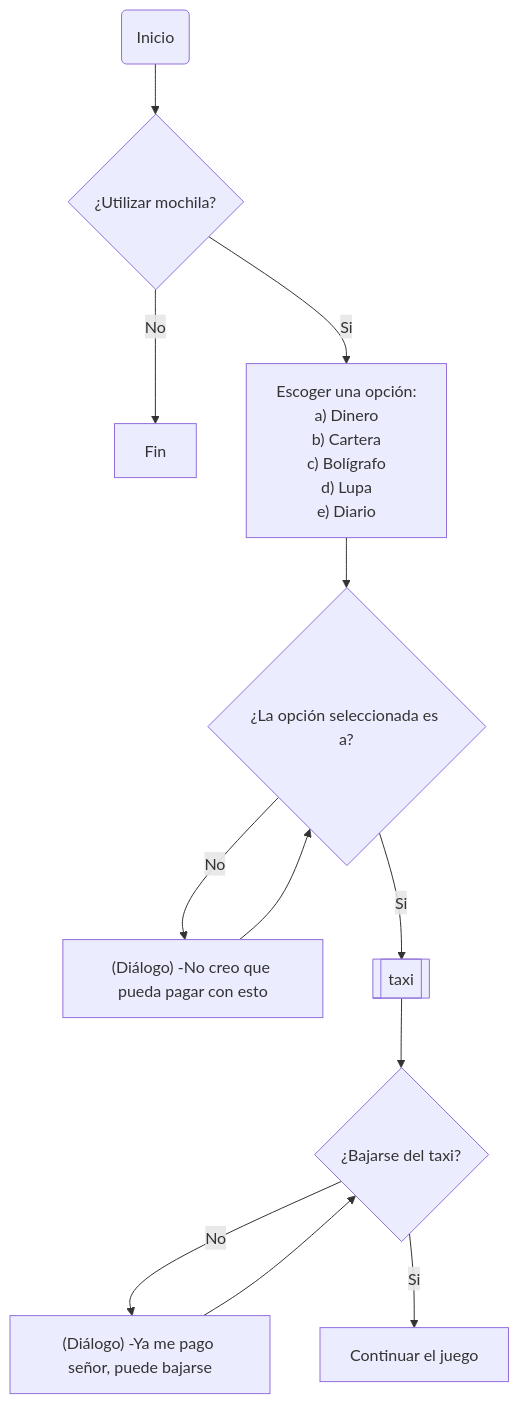
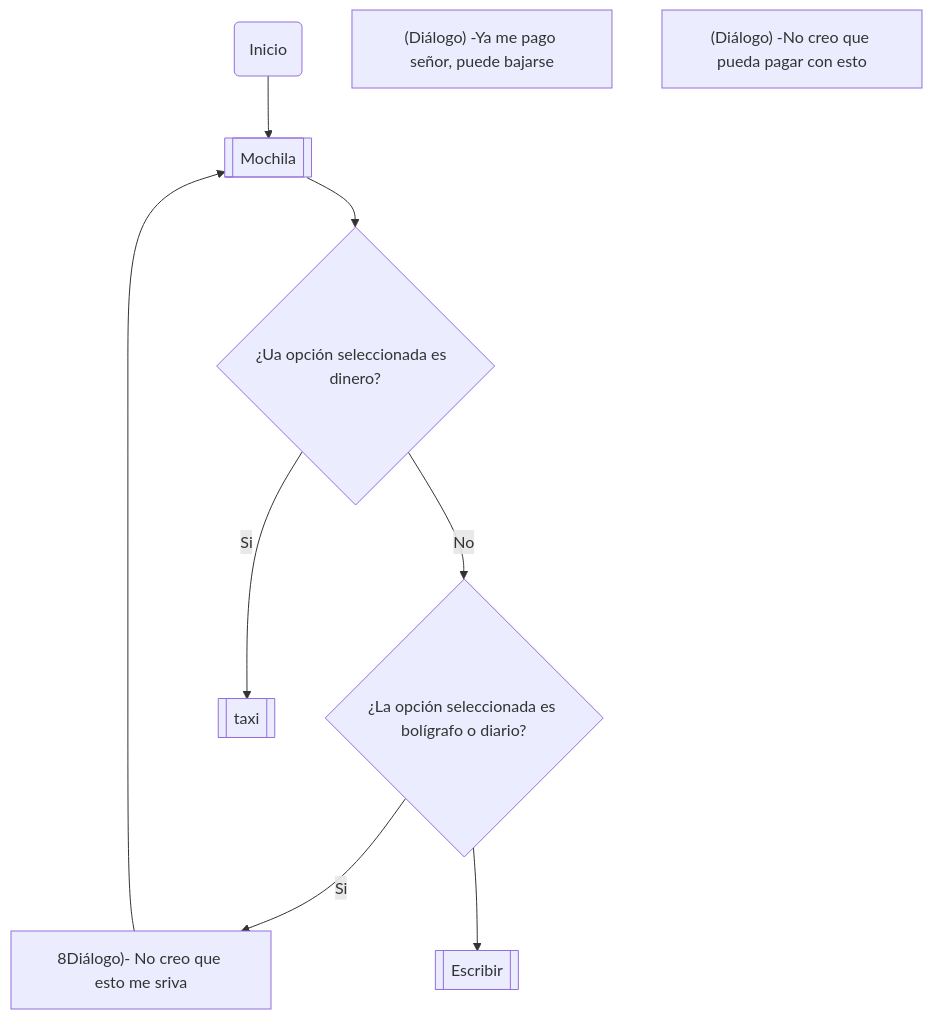
The sixth of 9 diagrams in README.md (JuanJoToAl/Juego---Los_vivos_mienten), drawn with Mermaid before and after one commit. The commit also changed other lines of this file, not shown here.

````diff
--- a/README.md
+++ b/README.md
@@ -73,15 +73,16 @@
 ```mermaid
 
 flowchart TD
-    n2("Inicio") --> n3{"¿Utilizar mochila?"}
-    n3 -- No --> n4["Fin"]
-    n3 -- Si --> n5["Escoger una opción:<br>a) Dinero<br>b) Cartera<br>c) Bolígrafo<br>d) Lupa<br>e) Diario"]
-    n5 --> n6{"¿La opción seleccionada es a?"}
-    n6 -- No --> n7["(Diálogo) -No creo que pueda pagar con esto"]
-    n6 -- Si --> n8[["taxi"]]
-    n7 --> n6
-    n8 --> n9{"¿Bajarse del taxi?"}
-    n9 -- No --> n10["(Diálogo) -Ya me pago señor, puede bajarse"]
-    n9 -- Si --> n11["Continuar el juego"]
-    n10 --> n9
+    n2("Inicio") --> n12[["Mochila"]]
+    n3{"¿Ua opción seleccionada es&nbsp; dinero?"} -- No --> n4{"¿La opción seleccionada es bolígrafo o diario?"}
+    n12 --> n3
+    n3 -- Si --> n8[["taxi"]]
+    n4 -- Si --> n13["8Diálogo)- No creo que esto me sriva"]
+    n13 --> n12
+    n4 --> n14[["Escribir"]]
+      n10["(Diálogo) -Ya me pago señor, puede bajarse"]
+      n7["(Diálogo) -No creo que pueda pagar con esto"]
+
+
+
 ```
````
